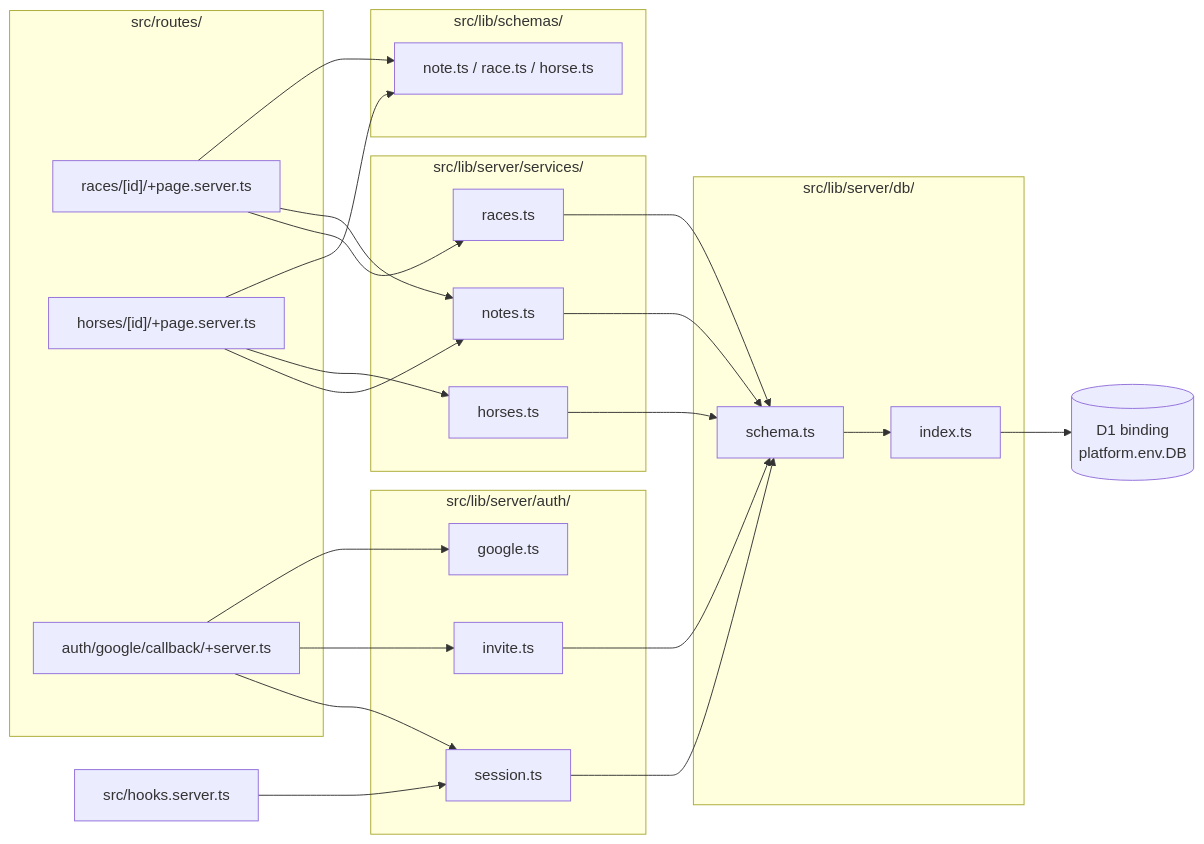
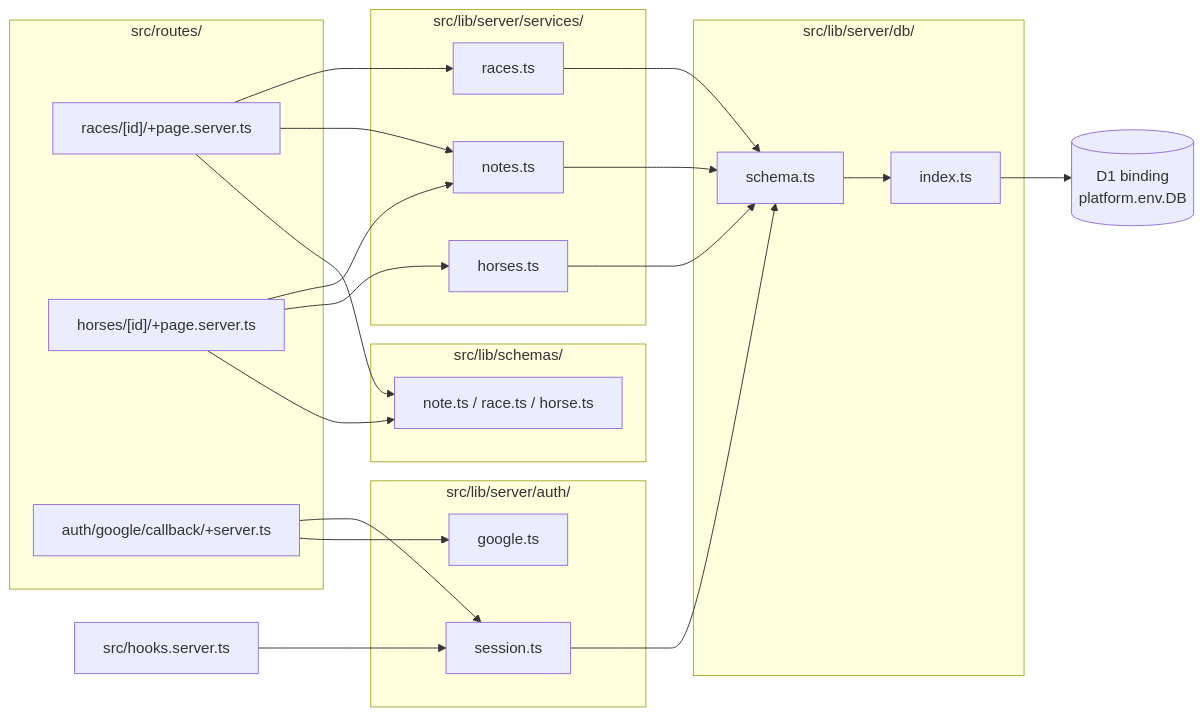
Before and after one commit to Atoyr/keiba-note: the third of 10 diagrams in docs/architecture.md, drawn with Mermaid. The commit also changed other lines of this file and 3 other files, not shown here.

````diff
--- a/docs/architecture.md
+++ b/docs/architecture.md
@@ -132,51 +134,48 @@
 ```mermaid
 flowchart LR
     subgraph routes["src/routes/"]
         RH["races/[id]/+page.server.ts"]
         HH["horses/[id]/+page.server.ts"]
         AC["auth/google/callback/+server.ts"]
     end
 
     HK["src/hooks.server.ts"]
 
     subgraph schemas["src/lib/schemas/"]
         SC["note.ts / race.ts / horse.ts"]
     end
 
     subgraph services["src/lib/server/services/"]
         SN["notes.ts"]
         SR["races.ts"]
         SHO["horses.ts"]
     end
 
     subgraph auth["src/lib/server/auth/"]
         AS["session.ts"]
         AG["google.ts"]
-        AI["invite.ts"]
     end
 
     subgraph db["src/lib/server/db/"]
         DS["schema.ts"]
         DI["index.ts"]
     end
 
     D1[("D1 binding<br/>platform.env.DB")]
 
     HK --> AS
     RH --> SC
     HH --> SC
     RH --> SN
     RH --> SR
     HH --> SHO
     HH --> SN
     AC --> AG
-    AC --> AI
     AC --> AS
     SN --> DS
     SR --> DS
     SHO --> DS
     AS --> DS
-    AI --> DS
     DS --> DI
     DI --> D1
 ```
````
